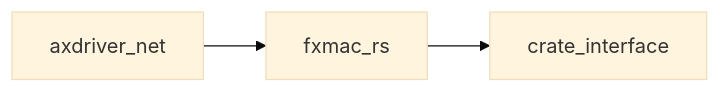
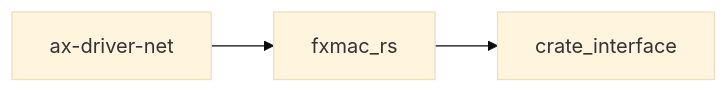
The diagram in docs/crates/fxmac_rs.md (zKurisu/tgoskits), drawn with Mermaid (base theme) before and after one commit. The commit also changed 19 other files, not shown here.

Commit message:
rename axdriver_net to ax-driver-net

````diff
--- a/docs/crates/fxmac_rs.md
+++ b/docs/crates/fxmac_rs.md
@@ -37,6 +37,6 @@
 ```mermaid
 graph LR
     current["fxmac_rs"]
     current --> crate_interface["crate_interface"]
-    axdriver_net["axdriver_net"] --> current
+    axdriver_net["ax-driver-net"] --> current
 ```
````
